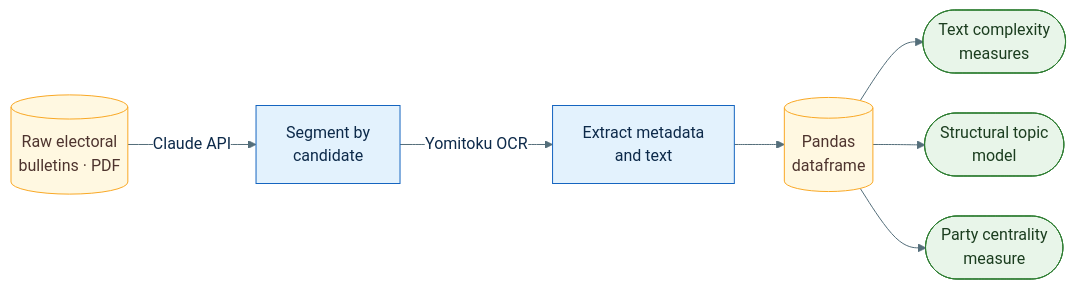
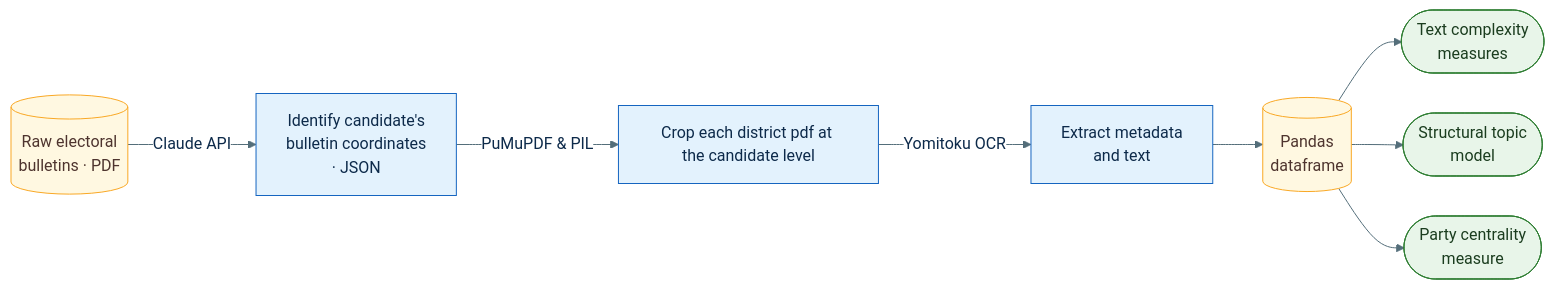
Before and after one commit to JozefRivest/DATASCI507: the diagram in paper/flowchart.mmd, drawn with Mermaid. The commit also changed 203 other files, not shown here.

```diff
--- a/paper/flowchart.mmd
+++ b/paper/flowchart.mmd
@@ -1,31 +1,32 @@
 ---
 config:
   theme: base
   look: classic
   themeVariables:
     fontFamily: 'Latin Modern Roman, serif'
     fontSize: '16px'
     primaryColor: '#e3f2fd'
     primaryTextColor: '#0d2a4a'
     primaryBorderColor: '#1565c0'
     lineColor: '#546e7a'
     edgeLabelBackground: '#ffffff'
   flowchart:
     curve: basis
     nodeSpacing: 40
     rankSpacing: 50
 ---
 flowchart LR
-    A[(Raw electoral<br/>bulletins · PDF)] -->|Claude API| B[Segment by<br/>candidate]
-    B -->|Yomitoku OCR| C[Extract metadata<br/>and text]
-    C --> D[(Pandas<br/>dataframe)]
-    D --> E([Text complexity<br/>measures])
-    D --> F([Structural topic<br/>model])
-    D --> G([Party centrality<br/> measure])
+    A[(Raw electoral<br/>bulletins · PDF)] -->|Claude API| B[Identify candidate's<br/>bulletin coordinates<br/> · JSON]
+    B -->|PuMuPDF & PIL| C[Crop each district pdf at the candidate level]
+    C -->|Yomitoku OCR| D[Extract metadata<br/>and text]
+    D --> E[(Pandas<br/>dataframe)]
+    E --> F([Text complexity<br/>measures])
+    E --> G([Structural topic<br/>model])
+    E --> H([Party centrality<br/> measure])
 
     classDef data fill:#fff8e1,stroke:#f9a825,color:#4e342e
     classDef process fill:#e3f2fd,stroke:#1565c0,color:#0d2a4a
     classDef analysis fill:#e8f5e9,stroke:#2e7d32,color:#1b3d1f
-    class A,D data
-    class B,C process
-    class E,F,G analysis
+    class A,E data
+    class B,C,D process
+    class F,G,H analysis
```
